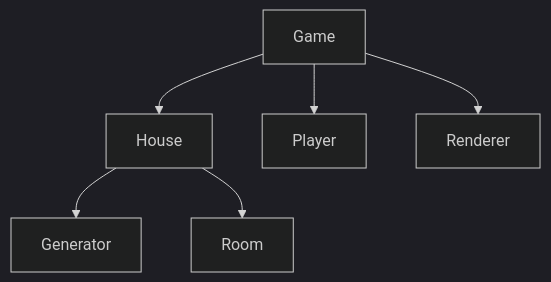
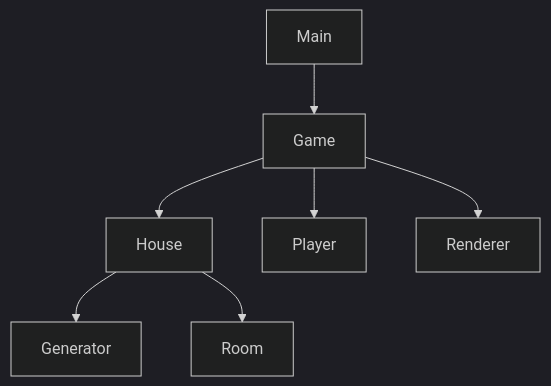
Before and after one commit to ABS-IT-UG-haftungsbeschrankt/Java_TextAdventure: the diagram in README.md, drawn with Mermaid (dark theme).

Commit message:
README.md Update

````diff
--- a/README.md
+++ b/README.md
@@ -2,8 +2,9 @@
 ```mermaid
   graph TD;
+      Main-->Game;
       Game-->House;
       Game-->Player;
       Game-->Renderer;
       House-->Generator;
       House-->Room
 ```
````
